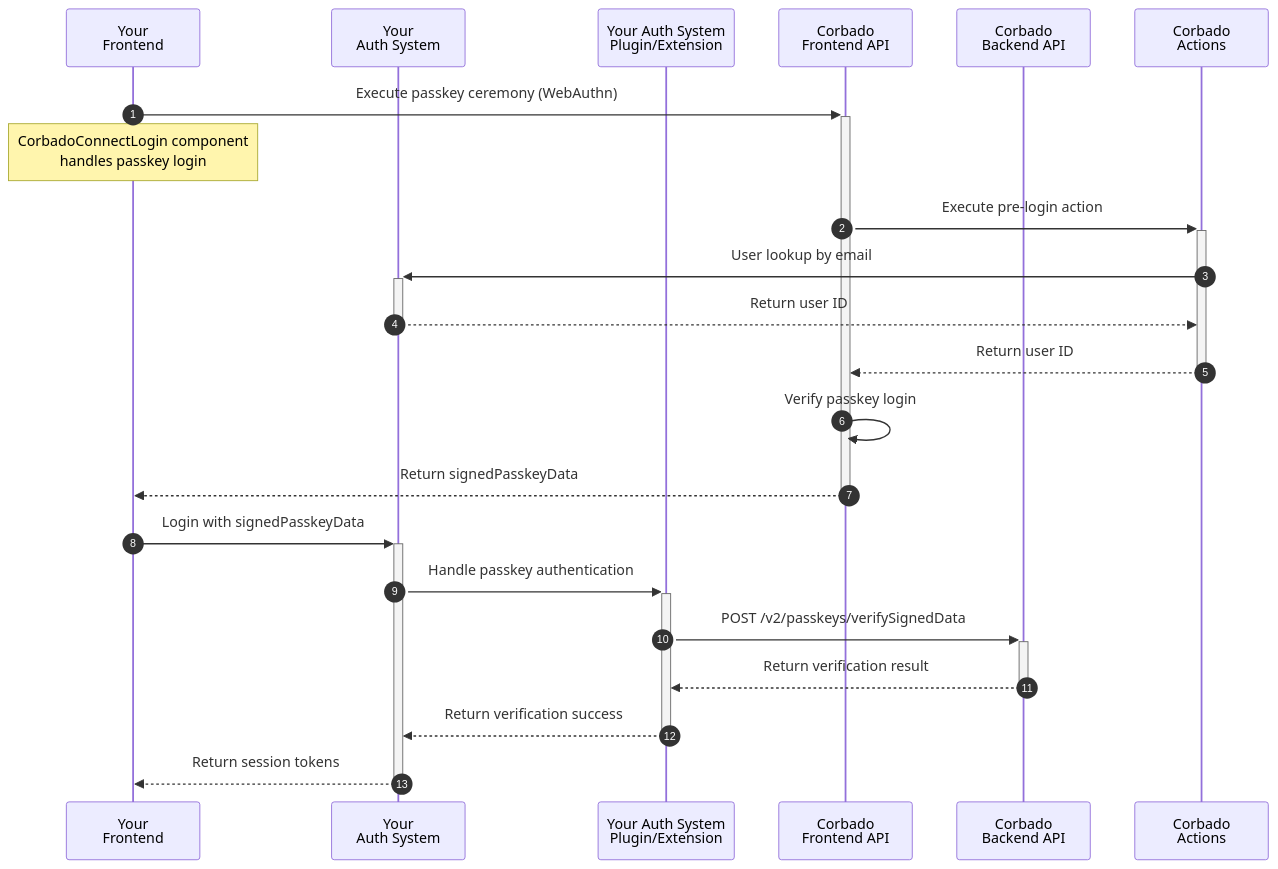
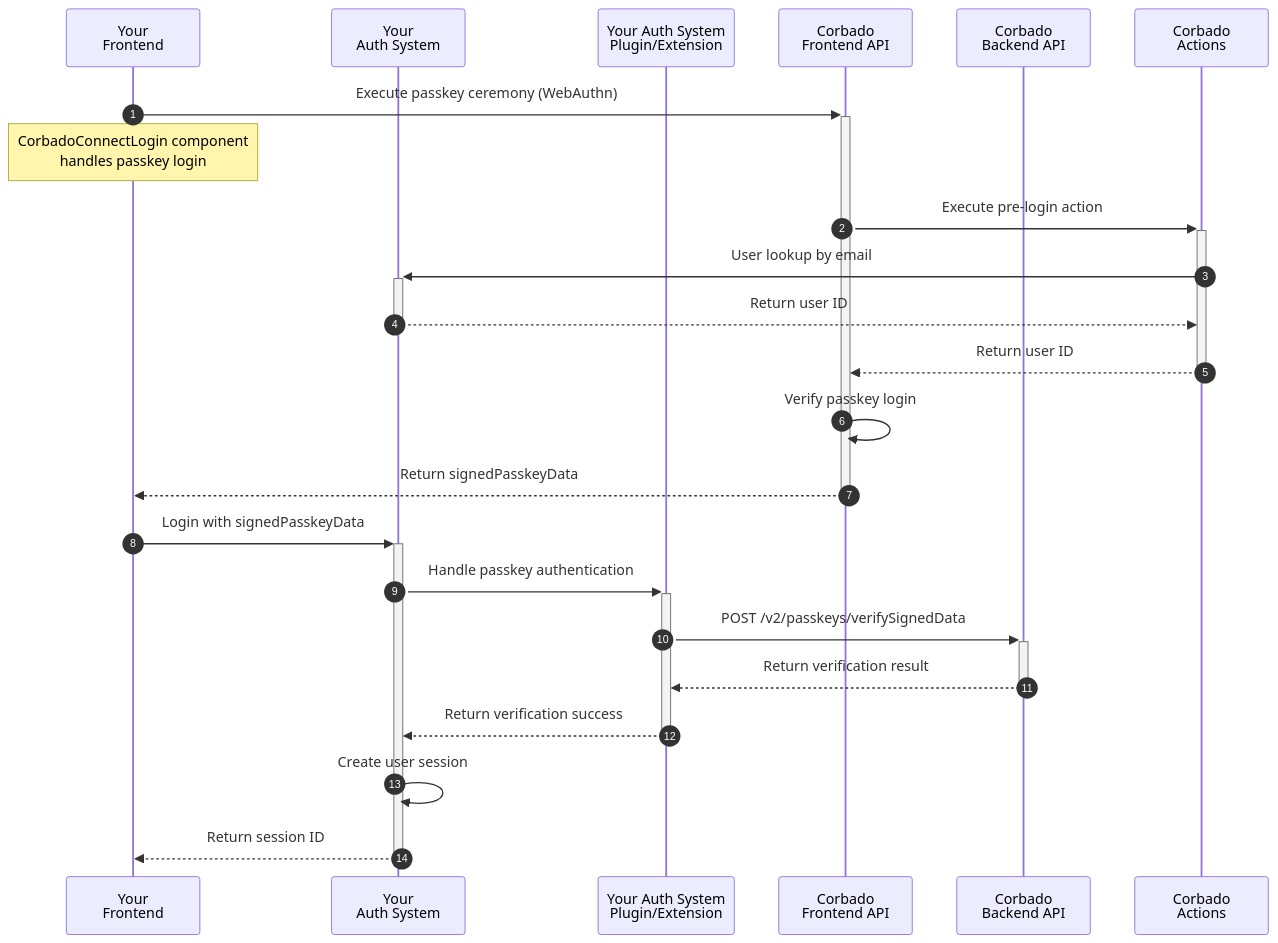
The second of 4 diagrams in corbado-connect/integration/generic.mdx (corbadotech/docs), drawn with Mermaid before and after one commit. The commit also changed other lines of this file, not shown here.

````diff
--- a/corbado-connect/integration/generic.mdx
+++ b/corbado-connect/integration/generic.mdx
@@ -229,26 +229,27 @@
 ```mermaid
 sequenceDiagram
     autonumber
     participant Frontend as Your<br/>Frontend
     participant IdP as Your<br/>Auth System
     participant Plugin as Your Auth System<br/>Plugin/Extension
     participant FAPI as Corbado<br/>Frontend API
     participant BAPI as Corbado<br/>Backend API
     participant Actions as Corbado<br/>Actions
 
     Frontend->>+FAPI: Execute passkey ceremony (WebAuthn)
     Note over Frontend: CorbadoConnectLogin component<br/>handles passkey login
     FAPI->>+Actions: Execute pre-login action
     Actions->>+IdP: User lookup by email
     IdP-->>-Actions: Return user ID
     Actions-->>-FAPI: Return user ID
     FAPI->>FAPI: Verify passkey login
     FAPI-->>-Frontend: Return signedPasskeyData
 
     Frontend->>+IdP: Login with signedPasskeyData
     IdP->>+Plugin: Handle passkey authentication
     Plugin->>+BAPI: POST /v2/passkeys/verifySignedData
     BAPI-->>-Plugin: Return verification result
     Plugin-->>-IdP: Return verification success
-    IdP-->>-Frontend: Return session tokens
+    IdP->>IdP: Create user session
+    IdP-->>-Frontend: Return session ID
 ```
````
